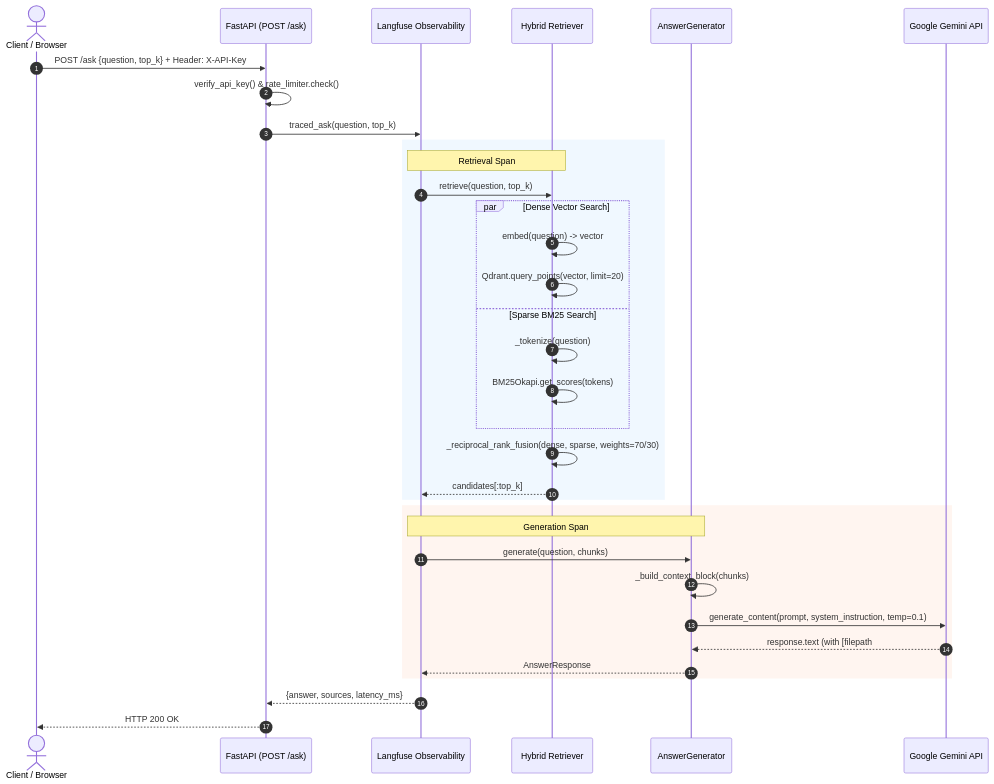
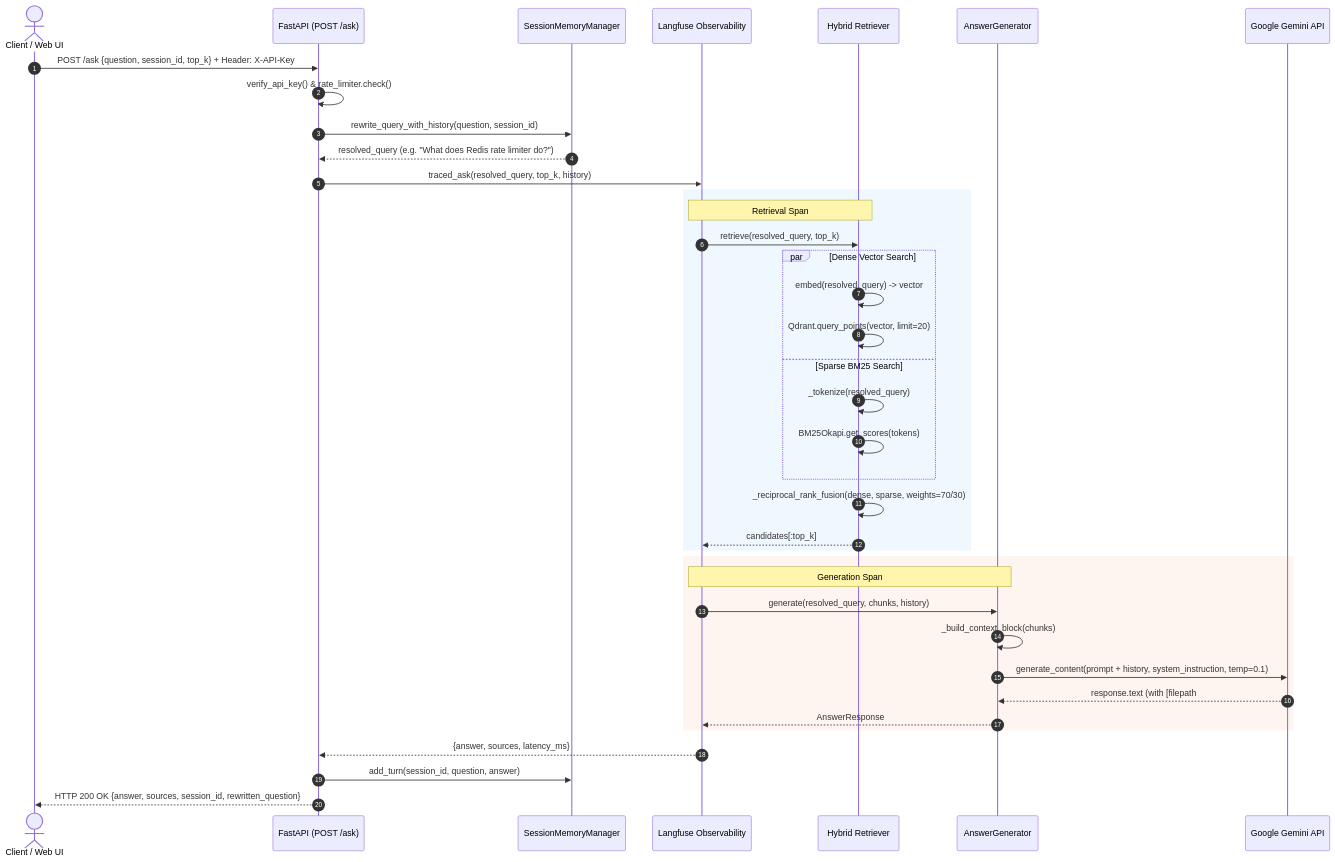
Before and after one commit to krotrn/campus-connect-ai: the fifth of 6 diagrams in docs/developer-guide/02-architecture-design-and-patterns.md, drawn with Mermaid. The commit also changed other lines of this file and 5 other files, not shown here.

````diff
--- a/docs/developer-guide/02-architecture-design-and-patterns.md
+++ b/docs/developer-guide/02-architecture-design-and-patterns.md
@@ -316,40 +415,44 @@
 ```mermaid
 sequenceDiagram
     autonumber
-    actor Client as Client / Browser
+    actor Client as Client / Web UI
     participant API as FastAPI (POST /ask)
+    participant Mem as SessionMemoryManager
     participant Trace as Langfuse Observability
     participant Ret as Hybrid Retriever
     participant Gen as AnswerGenerator
     participant Gemini as Google Gemini API
 
-    Client->>API: POST /ask {question, top_k} + Header: X-API-Key
+    Client->>API: POST /ask {question, session_id, top_k} + Header: X-API-Key
     API->>API: verify_api_key() & rate_limiter.check()
-    API->>Trace: traced_ask(question, top_k)
+    API->>Mem: rewrite_query_with_history(question, session_id)
+    Mem-->>API: resolved_query (e.g. "What does Redis rate limiter do?")
+    API->>Trace: traced_ask(resolved_query, top_k, history)
     
     rect rgb(240, 248, 255)
         Note over Trace,Ret: Retrieval Span
-        Trace->>Ret: retrieve(question, top_k)
+        Trace->>Ret: retrieve(resolved_query, top_k)
         par Dense Vector Search
-            Ret->>Ret: embed(question) -> vector
+            Ret->>Ret: embed(resolved_query) -> vector
             Ret->>Ret: Qdrant.query_points(vector, limit=20)
         and Sparse BM25 Search
-            Ret->>Ret: _tokenize(question)
+            Ret->>Ret: _tokenize(resolved_query)
             Ret->>Ret: BM25Okapi.get_scores(tokens)
         end
         Ret->>Ret: _reciprocal_rank_fusion(dense, sparse, weights=70/30)
         Ret-->>Trace: candidates[:top_k]
     end
 
     rect rgb(255, 245, 240)
         Note over Trace,Gen: Generation Span
-        Trace->>Gen: generate(question, chunks)
+        Trace->>Gen: generate(resolved_query, chunks, history)
         Gen->>Gen: _build_context_block(chunks)
-        Gen->>Gemini: generate_content(prompt, system_instruction, temp=0.1)
+        Gen->>Gemini: generate_content(prompt + history, system_instruction, temp=0.1)
         Gemini-->>Gen: response.text (with [filepath#Lstart-Lend])
         Gen-->>Trace: AnswerResponse
     end
 
     Trace-->>API: {answer, sources, latency_ms}
-    API-->>Client: HTTP 200 OK
+    API->>Mem: add_turn(session_id, question, answer)
+    API-->>Client: HTTP 200 OK {answer, sources, session_id, rewritten_question}
 ```
````
